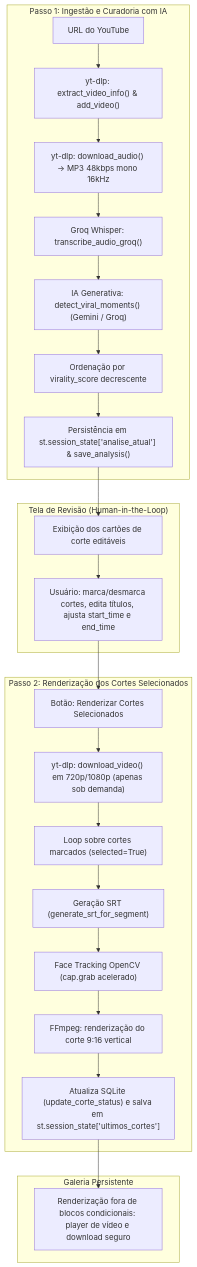
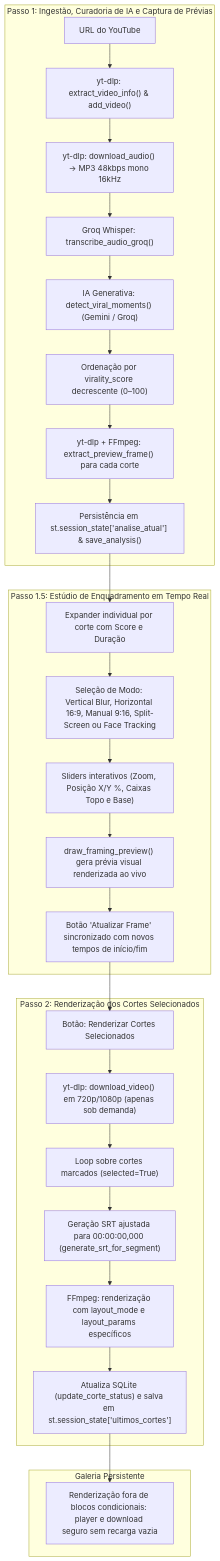
One commit to KaioBolsoni/EasyKut changed the diagram in docs/documentacao_tecnica.md. Above: the diagram before and after it, drawn with Mermaid. The commit also changed other lines of this file and 8 other files, not shown here.

````diff
--- a/docs/documentacao_tecnica.md
+++ b/docs/documentacao_tecnica.md
@@ -62,30 +62,33 @@
 ```mermaid
 flowchart TD
-    subgraph Passo1["Passo 1: Ingestão e Curadoria com IA"]
+    subgraph Passo1["Passo 1: Ingestão, Curadoria de IA e Captura de Prévias"]
         A["URL do YouTube"] --> B["yt-dlp: extract_video_info() & add_video()"]
         B --> C["yt-dlp: download_audio() -> MP3 48kbps mono 16kHz"]
         C --> D["Groq Whisper: transcribe_audio_groq()"]
         D --> E["IA Generativa: detect_viral_moments() (Gemini / Groq)"]
-        E --> F["Ordenação por virality_score decrescente"]
-        F --> G["Persistência em st.session_state['analise_atual'] & save_analysis()"]
+        E --> F["Ordenação por virality_score decrescente (0–100)"]
+        F --> G["yt-dlp + FFmpeg: extract_preview_frame() para cada corte"]
+        G --> H["Persistência em st.session_state['analise_atual'] & save_analysis()"]
     end
 
-    subgraph Revisao["Tela de Revisão (Human-in-the-Loop)"]
-        G --> H["Exibição dos cartões de corte editáveis"]
-        H --> I["Usuário: marca/desmarca cortes, edita títulos, ajusta start_time e end_time"]
+    subgraph Estudio["Passo 1.5: Estúdio de Enquadramento em Tempo Real"]
+        H --> I["Expander individual por corte com Score e Duração"]
+        I --> J["Seleção de Modo: Vertical Blur, Horizontal 16:9, Manual 9:16, Split-Screen ou Face Tracking"]
+        J --> K["Sliders interativos (Zoom, Posição X/Y %, Caixas Topo e Base)"]
+        K --> L["draw_framing_preview() gera prévia visual renderizada ao vivo"]
+        L --> M["Botão 'Atualizar Frame' sincronizado com novos tempos de início/fim"]
     end
 
     subgraph Passo2["Passo 2: Renderização dos Cortes Selecionados"]
-        I --> J["Botão: Renderizar Cortes Selecionados"]
-        J --> K["yt-dlp: download_video() em 720p/1080p (apenas sob demanda)"]
-        K --> L["Loop sobre cortes marcados (selected=True)"]
-        L --> M["Geração SRT (generate_srt_for_segment)"]
-        M --> N["Face Tracking OpenCV (cap.grab acelerado)"]
-        N --> O["FFmpeg: renderização do corte 9:16 vertical"]
-        O --> P["Atualiza SQLite (update_corte_status) e salva em st.session_state['ultimos_cortes']"]
+        M --> N["Botão: Renderizar Cortes Selecionados"]
+        N --> O["yt-dlp: download_video() em 720p/1080p (apenas sob demanda)"]
+        O --> P["Loop sobre cortes marcados (selected=True)"]
+        P --> Q["Geração SRT ajustada para 00:00:00,000 (generate_srt_for_segment)"]
+        Q --> R["FFmpeg: renderização com layout_mode e layout_params específicos"]
+        R --> S["Atualiza SQLite (update_corte_status) e salva em st.session_state['ultimos_cortes']"]
     end
 
     subgraph Galeria["Galeria Persistente"]
-        P --> Q["Renderização fora de blocos condicionais: player de vídeo e download seguro"]
+        S --> T["Renderização fora de blocos condicionais: player e download seguro sem recarga vazia"]
     end
 ```
````
